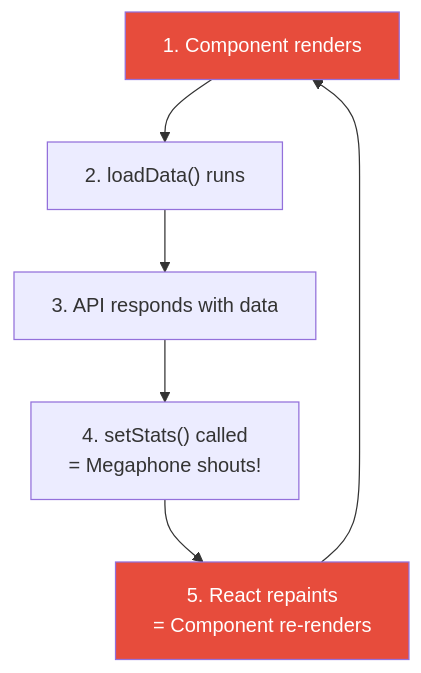
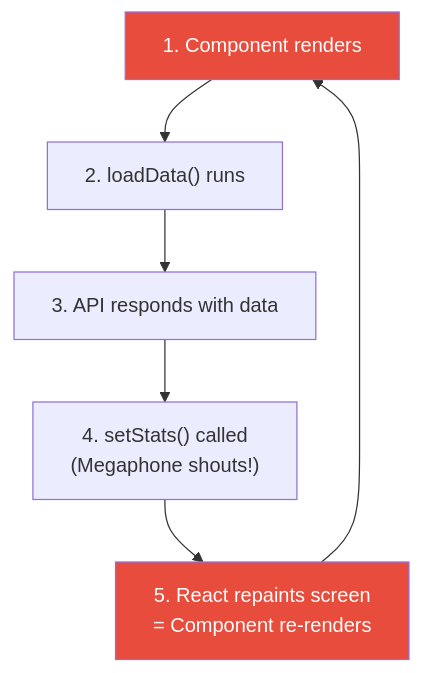
The sixth of 7 diagrams in frontend/README.md (Nimsika-Bosilu/designHer_2.0-Student-Attendance-Management-System), drawn with Mermaid before and after one commit. The commit also changed other lines of this file, not shown here.

Commit message:
docs: add Day 3 frontend architecture guide and initial project documentation

````diff
--- a/frontend/README.md
+++ b/frontend/README.md
@@ -569,10 +818,10 @@
 ```mermaid
 flowchart TD
     A["1. Component renders"] --> B["2. loadData() runs"]
     B --> C["3. API responds with data"]
-    C --> D["4. setStats() called\n= Megaphone shouts!"]
-    D --> E["5. React repaints\n= Component re-renders"]
+    C --> D["4. setStats() called\n(Megaphone shouts!)"]
+    D --> E["5. React repaints screen\n= Component re-renders"]
     E --> A
     style A fill:#e74c3c,color:white
     style E fill:#e74c3c,color:white
 ```
````
